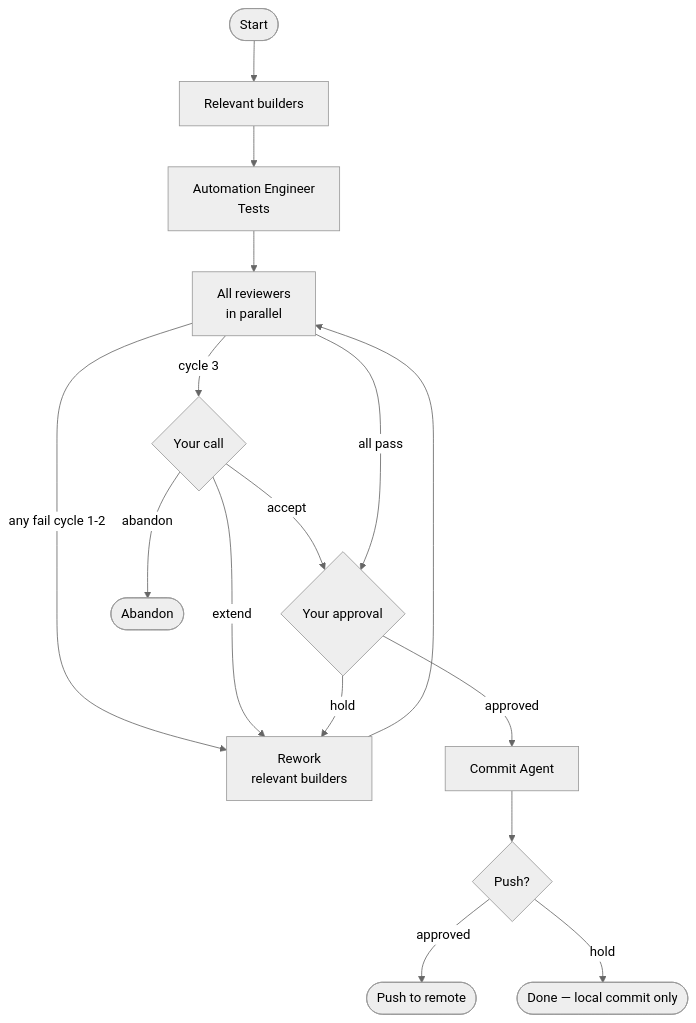
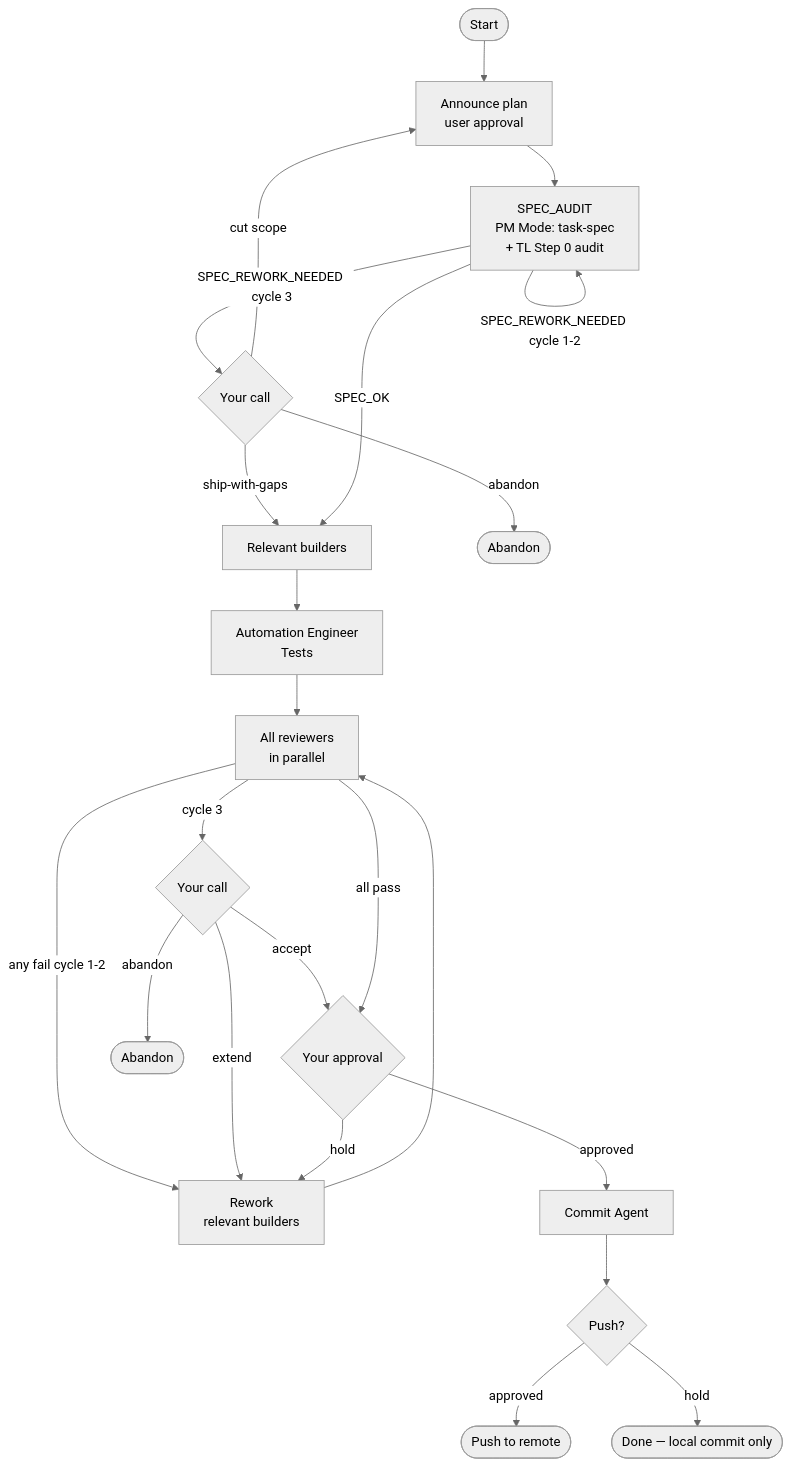
The second of 3 diagrams in WORKFLOW.md (rajasekarm/velo), drawn with Mermaid (neutral theme) before and after one commit. The commit also changed other lines of this file and 11 other files, not shown here.

First line of the commit message:
feat(velo): introduce task-spec mode + spec-quality-check; retire spec-writer/checker

````diff
--- a/WORKFLOW.md
+++ b/WORKFLOW.md
@@ -59,18 +51,25 @@
 ```mermaid
 flowchart TD
-    A([Start]) --> BUILD[Relevant builders]
+    A([Start]) --> ANN[Announce plan\nuser approval]
+    ANN --> SA[SPEC_AUDIT\nPM Mode: task-spec\n+ TL Step 0 audit]
+    SA -->|SPEC_REWORK_NEEDED cycle 1-2| SA
+    SA -->|SPEC_REWORK_NEEDED cycle 3| A0S{Your call}
+    A0S -->|ship-with-gaps| BUILD
+    A0S -->|cut scope| ANN
+    A0S -->|abandon| ENDS([Abandon])
+    SA -->|SPEC_OK| BUILD[Relevant builders]
     BUILD --> TEST[Automation Engineer\nTests]
     TEST --> REVIEW[All reviewers\nin parallel]
     REVIEW -->|any fail cycle 1-2| REWORK[Rework\nrelevant builders]
     REWORK --> REVIEW
     REVIEW -->|cycle 3| A0C{Your call}
     A0C -->|extend| REWORK
     A0C -->|accept| A1{Your approval}
     A0C -->|abandon| END0([Abandon])
     REVIEW -->|all pass| A1{Your approval}
     A1 -->|approved| COMMIT[Commit Agent]
     A1 -->|hold| REWORK
     COMMIT --> A2{Push?}
     A2 -->|approved| PUSH([Push to remote])
     A2 -->|hold| DONE0([Done — local commit only])
 ```
````
